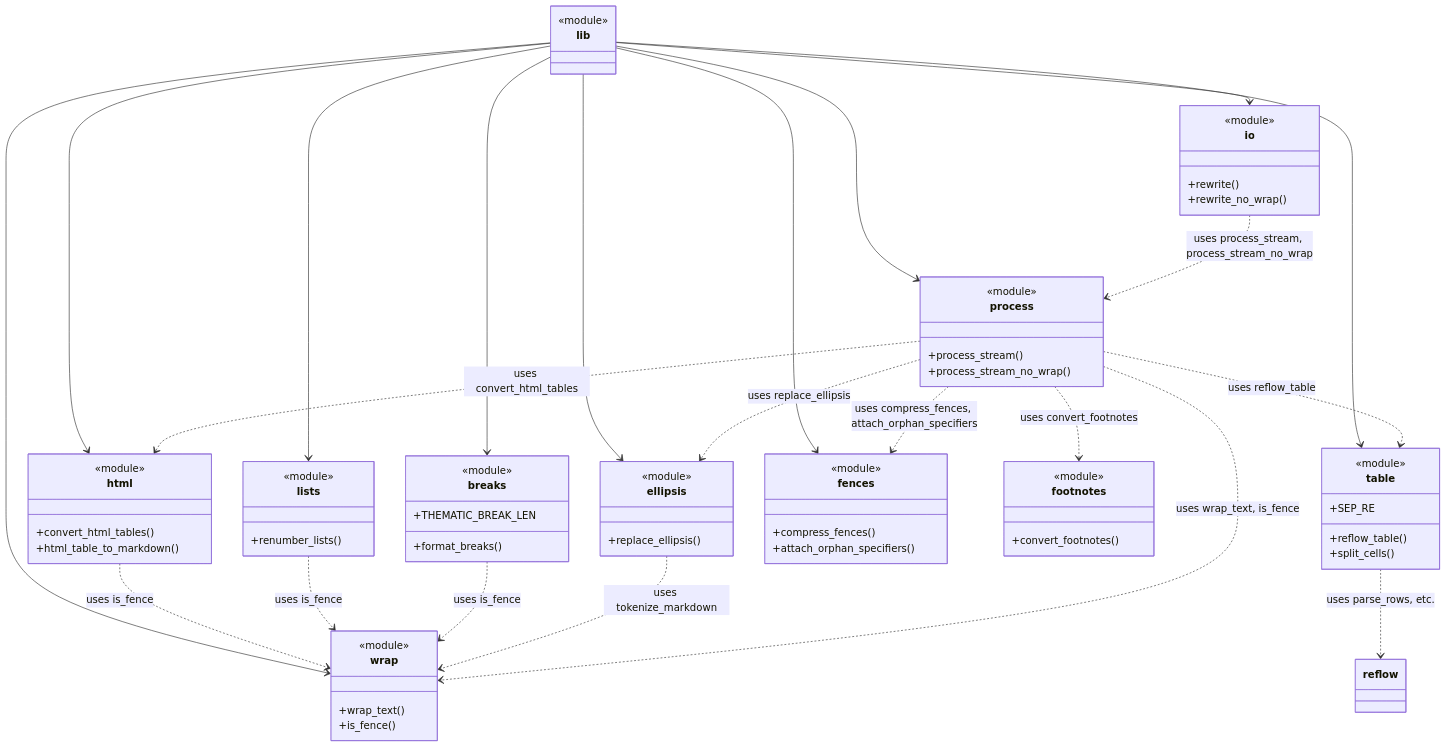
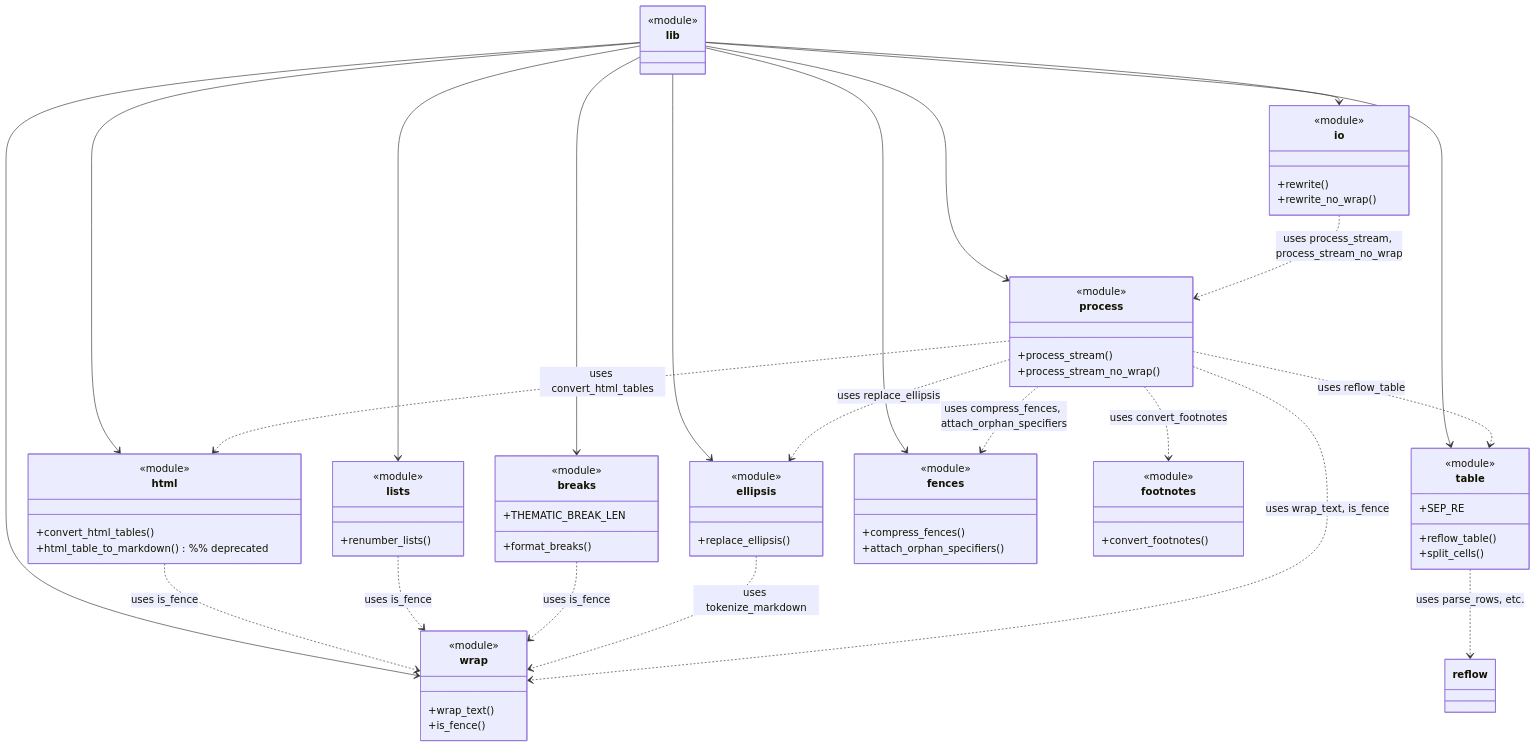
One commit to leynos/mdtablefix changed the second of 3 diagrams in docs/architecture.md. Above: the diagram before and after it, drawn with Mermaid. The commit also changed other lines of this file and 1 other file, not shown here.

Commit message:
Deprecate html_table_to_markdown

````diff
--- a/docs/architecture.md
+++ b/docs/architecture.md
@@ -185,75 +185,75 @@
 ```mermaid
 classDiagram
     class lib {
         <<module>>
     }
     class html {
         <<module>>
         +convert_html_tables()
-        +html_table_to_markdown()
+        +html_table_to_markdown() %% deprecated
     }
     class table {
         <<module>>
         +reflow_table()
         +split_cells()
         +SEP_RE
     }
     class wrap {
         <<module>>
         +wrap_text()
         +is_fence()
     }
     class lists {
         <<module>>
         +renumber_lists()
     }
     class breaks {
         <<module>>
         +format_breaks()
         +THEMATIC_BREAK_LEN
     }
     class ellipsis {
         <<module>>
         +replace_ellipsis()
     }
     class fences {
         <<module>>
         +compress_fences()
         +attach_orphan_specifiers()
     }
     class footnotes {
         <<module>>
         +convert_footnotes()
     }
     class process {
         <<module>>
         +process_stream()
         +process_stream_no_wrap()
     }
     class io {
         <<module>>
         +rewrite()
         +rewrite_no_wrap()
     }
     lib --> html
     lib --> table
     lib --> wrap
     lib --> lists
     lib --> breaks
     lib --> ellipsis
     lib --> fences
     lib --> process
     lib --> io
     html ..> wrap : uses is_fence
     table ..> reflow : uses parse_rows, etc.
     lists ..> wrap : uses is_fence
     breaks ..> wrap : uses is_fence
     ellipsis ..> wrap : uses tokenize_markdown
     process ..> html : uses convert_html_tables
     process ..> table : uses reflow_table
     process ..> wrap : uses wrap_text, is_fence
     process ..> fences : uses compress_fences, attach_orphan_specifiers
     process ..> ellipsis : uses replace_ellipsis
     process ..> footnotes : uses convert_footnotes
     io ..> process : uses process_stream, process_stream_no_wrap
 ```
````
